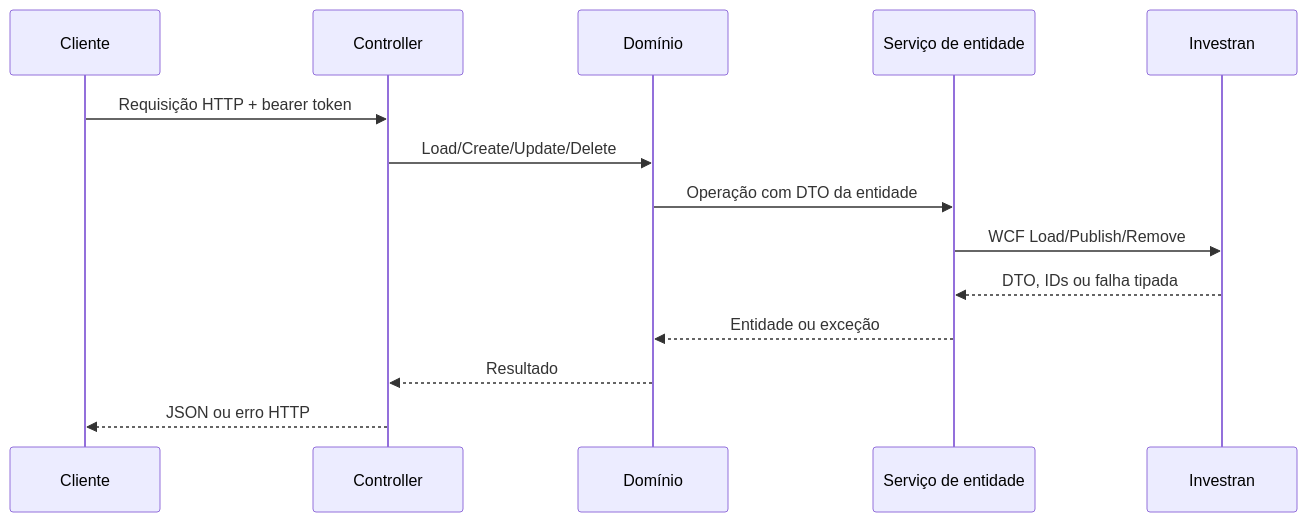
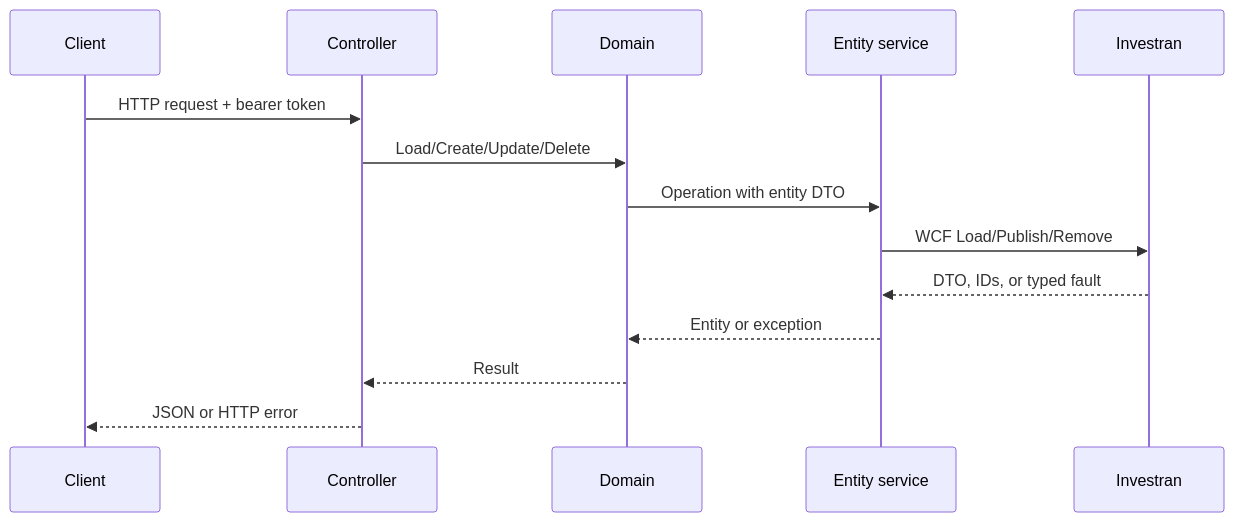
One commit to msekimoto/investran changed the second of 2 diagrams in docs/api/architecture.md. Above: the diagram before and after it, drawn with Mermaid. The commit also changed other lines of this file and 52 other files, not shown here.

````diff
--- a/docs/api/architecture.md
+++ b/docs/api/architecture.md
@@ -56,17 +56,17 @@
 ```mermaid
 sequenceDiagram
-    participant Cliente
+    participant Client
     participant Controller
-    participant Dominio as Domínio
-    participant Servico as Serviço de entidade
+    participant Domain
+    participant Service as Entity service
     participant Investran
 
-    Cliente->>Controller: Requisição HTTP + bearer token
-    Controller->>Dominio: Load/Create/Update/Delete
-    Dominio->>Servico: Operação com DTO da entidade
-    Servico->>Investran: WCF Load/Publish/Remove
-    Investran-->>Servico: DTO, IDs ou falha tipada
-    Servico-->>Dominio: Entidade ou exceção
-    Dominio-->>Controller: Resultado
-    Controller-->>Cliente: JSON ou erro HTTP
+    Client->>Controller: HTTP request + bearer token
+    Controller->>Domain: Load/Create/Update/Delete
+    Domain->>Service: Operation with entity DTO
+    Service->>Investran: WCF Load/Publish/Remove
+    Investran-->>Service: DTO, IDs, or typed fault
+    Service-->>Domain: Entity or exception
+    Domain-->>Controller: Result
+    Controller-->>Client: JSON or HTTP error
 ```
````
